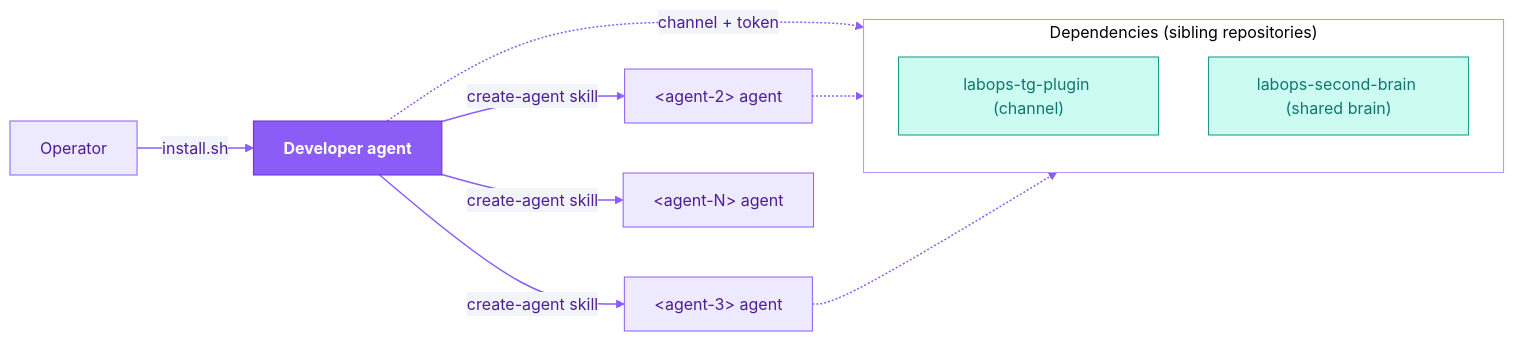
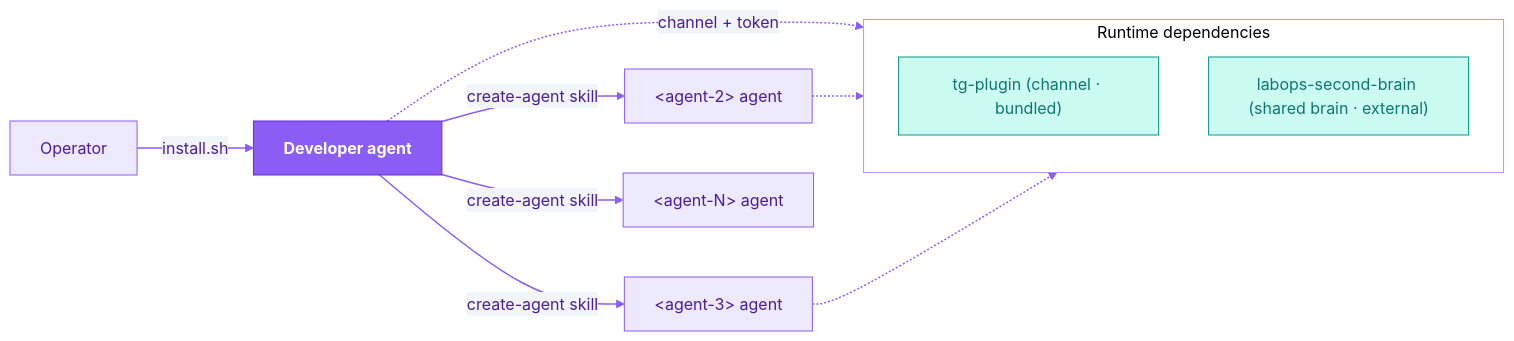
The first of 4 diagrams in agent-architecture/README.md (dediukhinpa/labops-ai-assistant), drawn with Mermaid before and after one commit. The commit also changed other lines of this file and 20 other files, not shown here.

````diff
--- a/agent-architecture/README.md
+++ b/agent-architecture/README.md
@@ -69,22 +69,22 @@
 ```mermaid
 %%{init: {'theme':'base','themeVariables':{'primaryColor':'#EDE9FE','primaryTextColor':'#4C1D95','primaryBorderColor':'#8B5CF6','lineColor':'#8B5CF6','secondaryColor':'#F1F5F9','tertiaryColor':'#ffffff','clusterBkg':'transparent','clusterBorder':'#B794F4','fontFamily':'Helvetica,Arial,sans-serif'}}}%%
 flowchart LR
   Operator["Operator"] -->|install.sh| Dev["Developer agent"]
   Dev -->|create-agent skill| A2["&lt;agent-2&gt; agent"]
   Dev -->|create-agent skill| A3["&lt;agent-3&gt; agent"]
   Dev -->|create-agent skill| An["&lt;agent-N&gt; agent"]
-  subgraph deps["Dependencies (sibling repositories)"]
-    TG["labops-tg-plugin (channel)"]
-    SB["labops-second-brain (shared brain)"]
+  subgraph deps["Runtime dependencies"]
+    TG["tg-plugin (channel · bundled)"]
+    SB["labops-second-brain (shared brain · external)"]
   end
   Dev -.->|channel + token| deps
   A2 -.-> deps
   A3 -.-> deps
   classDef brand fill:#8B5CF6,stroke:#6D28D9,color:#ffffff,font-weight:bold
   classDef ext fill:#CCFBF1,stroke:#0D9488,color:#0F766E
   classDef store fill:#FEF3C7,stroke:#D97706,color:#92400E
   classDef sys fill:#E2E8F0,stroke:#334155,color:#1E293B
   linkStyle default stroke:#8B5CF6,stroke-width:1.5px
   class Dev brand
   class TG,SB ext
 ```
````
